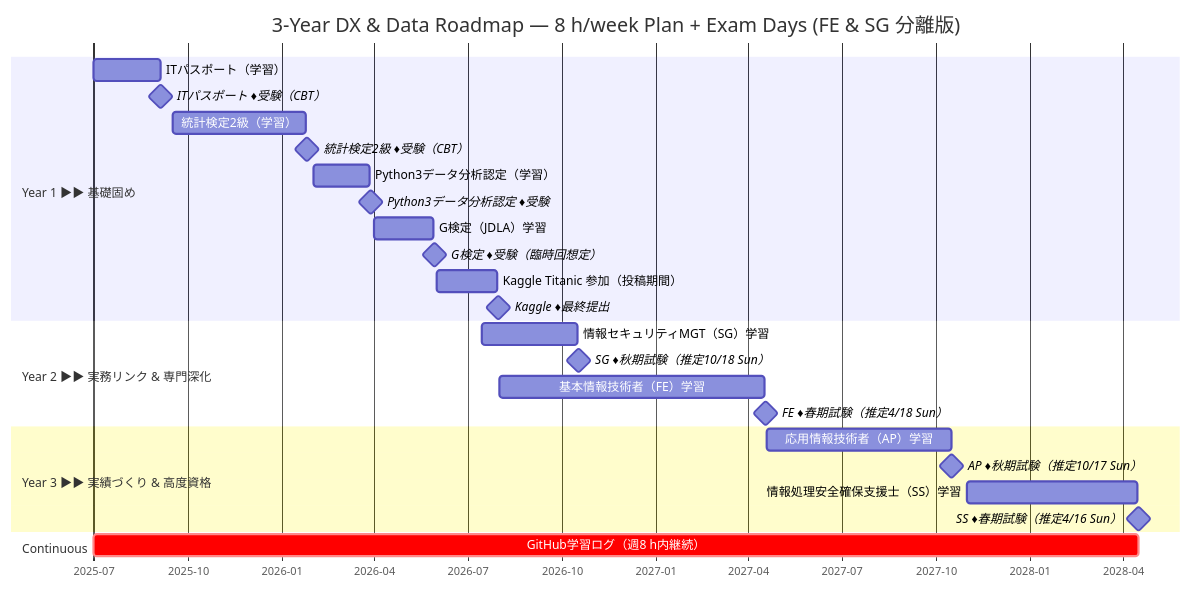
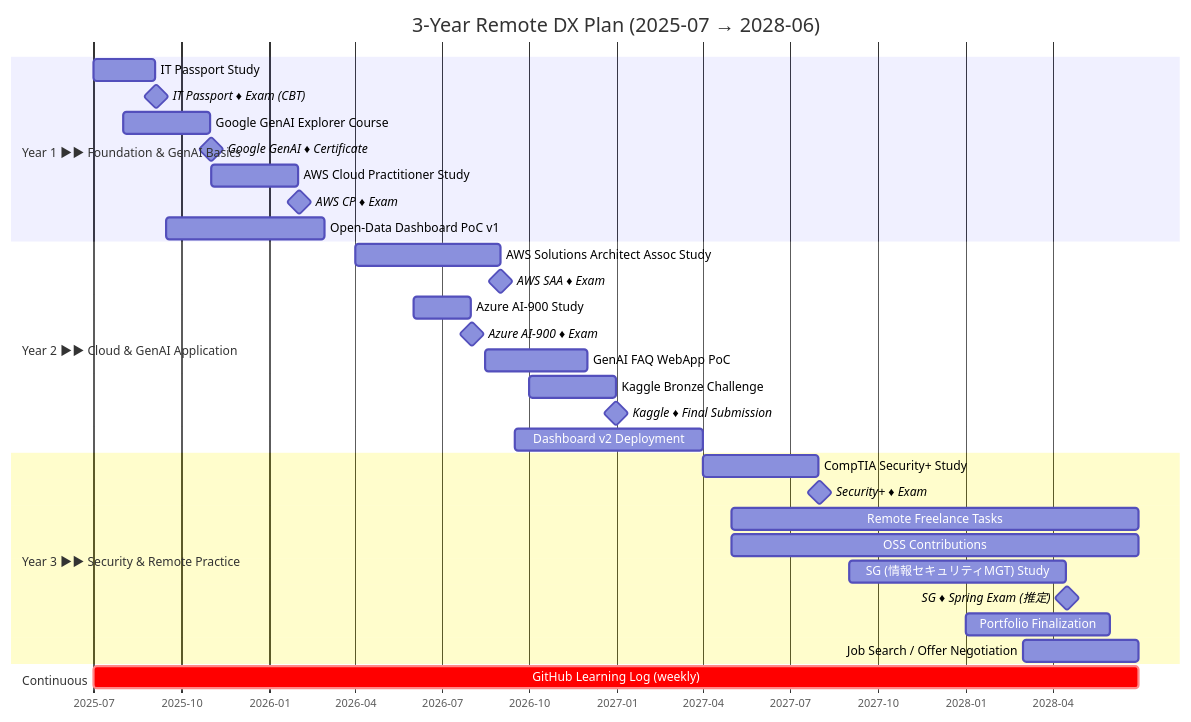
Before and after one commit to uruc-0start/-: the diagram in README.md, drawn with Mermaid.

````diff
--- a/README.md
+++ b/README.md
@@ -1,37 +1,42 @@
 ```mermaid
 gantt
-  title 3-Year DX & Data Roadmap — 8 h/week Plan + Exam Days (FE & SG 分離版)
+  title 3-Year Remote DX Plan (2025-07 → 2028-06)
   dateFormat  YYYY-MM-DD
   axisFormat  %Y-%m
 
-  %% ───────────── Year 1 ─────────────
-  section Year 1 ▶▶ 基礎固め
-  ITパスポート（学習）                :itp,   2025-07-01, 2025-09-04
-  ITパスポート ♦受験（CBT）            :milestone, itp_ex, 2025-09-05, 0d
-  統計検定2級（学習）                 :stat,  2025-09-16, 2026-01-24
-  統計検定2級 ♦受験（CBT）            :milestone, stat_ex, 2026-01-25, 0d
-  Python3データ分析認定（学習）        :pydac, 2026-02-01, 2026-03-28
-  Python3データ分析認定 ♦受験          :milestone, py_ex, 2026-03-29, 0d
-  G検定（JDLA）学習                  :gtest, 2026-04-01, 2026-05-29
-  G検定 ♦受験（臨時回想定）            :milestone, gtest_ex, 2026-05-30, 0d
-  Kaggle Titanic 参加（投稿期間）      :kaggle,2026-06-01, 2026-07-30
-  Kaggle ♦最終提出                   :milestone, kaggle_ex, 2026-07-31, 0d
+  %% ──────────────── Year 1 ─────────────────
+  section Year 1 ▶▶ Foundation & GenAI Basics
+  IT Passport Study                :itp,      2025-07-01, 2025-09-04
+  IT Passport ♦ Exam (CBT)         :milestone,itp_ex,  2025-09-05, 0d
+  Google GenAI Explorer Course     :genai,    2025-08-01, 2025-10-31
+  Google GenAI ♦ Certificate       :milestone,genai_ex,2025-11-01, 0d
+  AWS Cloud Practitioner Study     :aws_cp,   2025-11-01, 2026-01-31
+  AWS CP ♦ Exam                    :milestone,aws_cp_ex,2026-02-01, 0d
+  Open-Data Dashboard PoC v1       :poc1,     2025-09-15, 2026-02-28
 
-  %% ───────────── Year 2 ─────────────
-  section Year 2 ▶▶ 実務リンク & 専門深化
-  情報セキュリティMGT（SG）学習        :sg,     2026-07-15, 2026-10-16
-  SG ♦秋期試験（推定10/18 Sun）        :milestone, sg_ex, 2026-10-18, 0d
-  基本情報技術者（FE）学習            :fe,     2026-08-01, 2027-04-17
-  FE ♦春期試験（推定4/18 Sun）         :milestone, fe_ex, 2027-04-18, 0d
+  %% ──────────────── Year 2 ─────────────────
+  section Year 2 ▶▶ Cloud & GenAI Application
+  AWS Solutions Architect Assoc Study :saa,     2026-04-01, 2026-08-31
+  AWS SAA ♦ Exam                    :milestone,saa_ex,  2026-09-01, 0d
+  Azure AI-900 Study               :ai900,    2026-06-01, 2026-07-31
+  Azure AI-900 ♦ Exam              :milestone,ai900_ex,2026-08-01, 0d
+  GenAI FAQ WebApp PoC             :faq,      2026-08-15, 2026-11-30
+  Kaggle Bronze Challenge          :kaggle,   2026-10-01, 2026-12-30
+  Kaggle ♦ Final Submission        :milestone,kaggle_ex,2026-12-31, 0d
+  Dashboard v2 Deployment          :poc2,     2026-09-15, 2027-03-31
 
-  %% ───────────── Year 3 ─────────────
-  section Year 3 ▶▶ 実績づくり & 高度資格
-  応用情報技術者（AP）学習            :ap,     2027-04-19, 2027-10-16
-  AP ♦秋期試験（推定10/17 Sun）        :milestone, ap_ex, 2027-10-17, 0d
-  情報処理安全確保支援士（SS）学習     :secsp,  2027-11-01, 2028-04-15
-  SS ♦春期試験（推定4/16 Sun）         :milestone, sec_ex, 2028-04-16, 0d
+  %% ──────────────── Year 3 ─────────────────
+  section Year 3 ▶▶ Security & Remote Practice
+  CompTIA Security+ Study          :secplus,  2027-04-01, 2027-07-31
+  Security+ ♦ Exam                 :milestone,secplus_ex,2027-08-01, 0d
+  Remote Freelance Tasks           :freelance,2027-05-01, 2028-06-30
+  OSS Contributions                :oss,      2027-05-01, 2028-06-30
+  SG (情報セキュリティMGT) Study   :sgstudy,  2027-09-01, 2028-04-15
+  SG ♦ Spring Exam (推定)           :milestone,sg_ex,   2028-04-16, 0d
+  Portfolio Finalization           :portfolio,2028-01-01, 2028-05-31
+  Job Search / Offer Negotiation   :jobsearch,2028-03-01, 2028-06-30
 
-  %% ───────────── Continuous ──────────
+  %% ─────────────── Continuous ──────────────
   section Continuous
-  GitHub学習ログ（週8 h内継続）        :crit, ghlog, 2025-07-01, 2028-04-16
+  GitHub Learning Log (weekly)     :crit, ghlog, 2025-07-01, 2028-06-30
 ```
````
